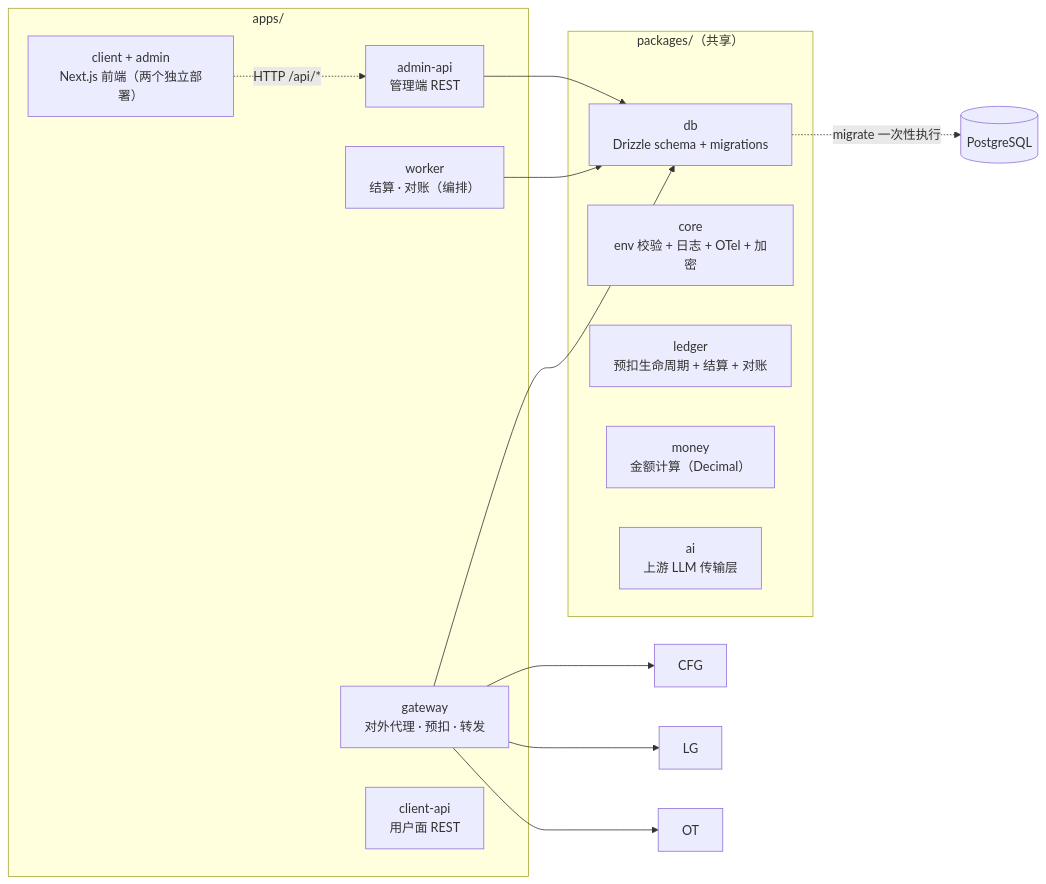
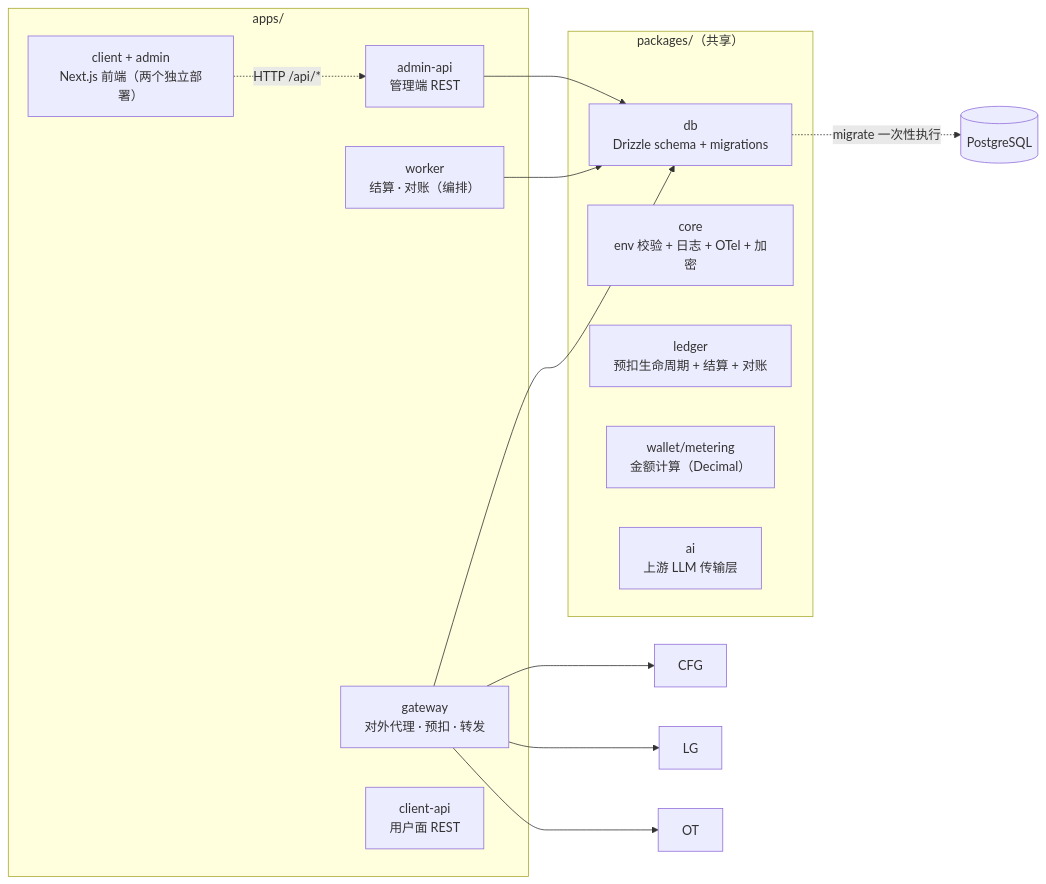
The second of 8 diagrams in docs/architecture.md (renxqoo/Tillgate), drawn with Mermaid before and after one commit. The commit also changed other lines of this file and 786 other files, not shown here.

````diff
--- a/docs/architecture.md
+++ b/docs/architecture.md
@@ -78,25 +81,25 @@
 ```mermaid
 flowchart LR
     subgraph APPS["apps/"]
         GW["gateway<br/>对外代理 · 预扣 · 转发"]
         WK["worker<br/>结算 · 对账（编排）"]
         ADM["admin-api<br/>管理端 REST"]
         CA["client-api<br/>用户面 REST"]
         CS["client + admin<br/>Next.js 前端（两个独立部署）"]
     end
     subgraph PKGS["packages/（共享）"]
         DB["db<br/>Drizzle schema + migrations"]
         CORE["core<br/>env 校验 + 日志 + OTel + 加密"]
         LEDGER["ledger<br/>预扣生命周期 + 结算 + 对账"]
-        MONEY["money<br/>金额计算（Decimal）"]
+        WALLETM["wallet/metering<br/>金额计算（Decimal）"]
         AI["ai<br/>上游 LLM 传输层"]
     end
     GW --> DB
     GW --> CFG
     GW --> LG
     GW --> OT
     WK --> DB
     ADM --> DB
     CS -.->|"HTTP /api/*"| ADM
     DB -.->|"migrate 一次性执行"| PG[("PostgreSQL")]
 ```
````
